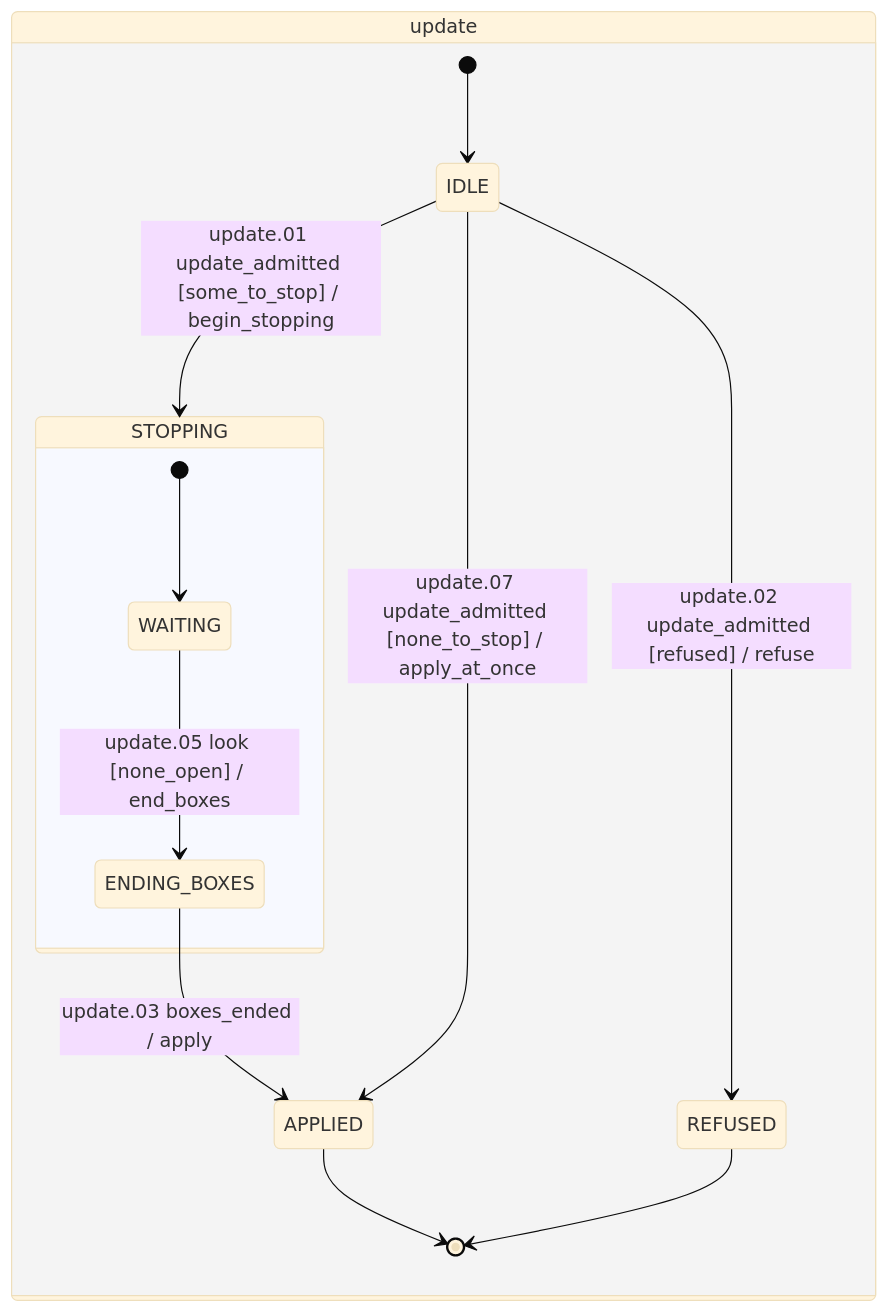
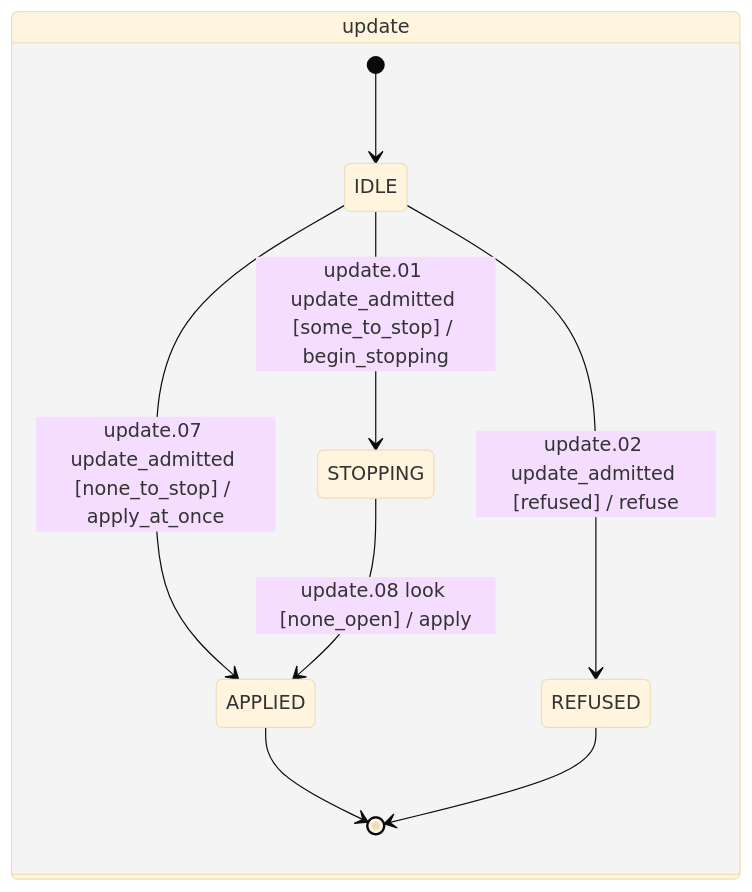
Before and after one commit to mrbald/dsl41: the eighth of 8 diagrams in docs/state-machines.md, drawn with Mermaid (base theme). The commit also changed other lines of this file and 31 other files, not shown here.

````diff
--- a/docs/state-machines.md
+++ b/docs/state-machines.md
@@ -846,23 +846,17 @@
 ```mermaid
 stateDiagram-v2
-    state "update" as s6
-    state s6 {
-        [*] --> s2
-        state "IDLE" as s2
-        state "STOPPING" as s4
-        state s4 {
-            [*] --> s5
-            state "WAITING" as s5
-            state "ENDING_BOXES" as s1
-        }
+    state "update" as s4
+    state s4 {
+        [*] --> s1
+        state "IDLE" as s1
+        state "STOPPING" as s3
         state "APPLIED" as s0
-        state "REFUSED" as s3
+        state "REFUSED" as s2
         s0 --> [*]
-        s3 --> [*]
+        s2 --> [*]
     }
-    s2 --> s4 : update.01 update_admitted [some_to_stop] / begin_stopping
-    s2 --> s3 : update.02 update_admitted [refused] / refuse
-    s1 --> s0 : update.03 boxes_ended / apply
-    s5 --> s1 : update.05 look [none_open] / end_boxes
-    s2 --> s0 : update.07 update_admitted [none_to_stop] / apply_at_once
+    s1 --> s3 : update.01 update_admitted [some_to_stop] / begin_stopping
+    s1 --> s2 : update.02 update_admitted [refused] / refuse
+    s1 --> s0 : update.07 update_admitted [none_to_stop] / apply_at_once
+    s3 --> s0 : update.08 look [none_open] / apply
 ```
````
